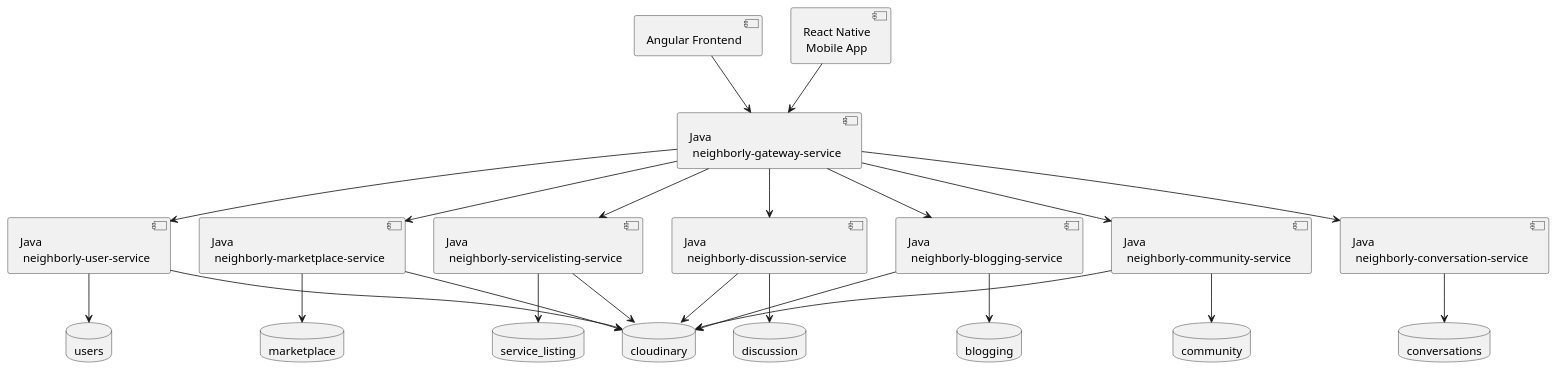
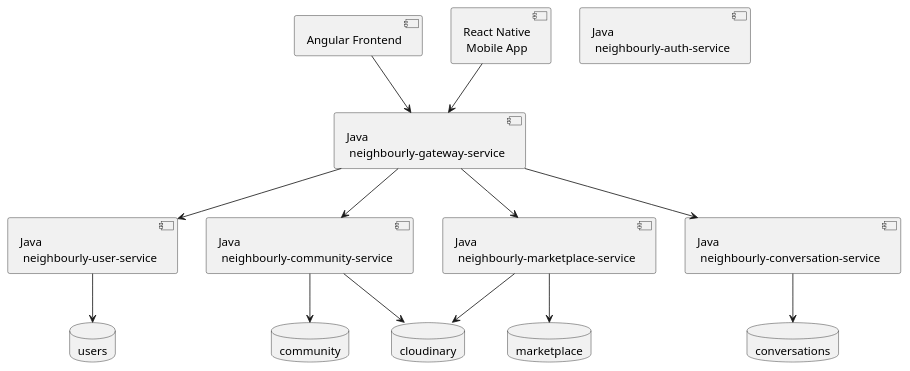
One commit to vamshikrishna1/neighbourly changed the diagram in design/architecture.puml. Above: the diagram before and after it, drawn with PlantUML. The commit also changed 4 other files, not shown here.

```diff
--- a/design/architecture.puml
+++ b/design/architecture.puml
@@ -1,56 +1,42 @@
 @startuml Architecture
 [Angular Frontend] as angular
 [React Native\n Mobile App] as mobile
-[Java\n neighborly-user-service] as user
-[Java\n neighborly-gateway-service] as gateway
-[Java\n neighborly-marketplace-service] as marketplace
-[Java\n neighborly-servicelisting-service] as listing
-[Java\n neighborly-conversation-service] as conversation
-[Java\n neighborly-discussion-service] as discussion
-[Java\n neighborly-blogging-service] as blogging
-[Java\n neighborly-community-service] as community
+[Java\n neighbourly-auth-service] as auth
+[Java\n neighbourly-user-service] as user
+[Java\n neighbourly-gateway-service] as gateway
+[Java\n neighbourly-community-service] as community
+[Java\n neighbourly-marketplace-service] as marketplace
+[Java\n neighbourly-conversation-service] as conversation
 
 
 database "users" as user_db
-database "marketplace" as marketplace_db
-database "service_listing" as listing_db    
+database "marketplace" as marketplace_db 
 database "conversations" as conversation_db
-database "blogging" as blogging_db
 database "community" as community_db
-database "discussion" as discussion_db
 database "cloudinary" as cloudinary_db
 
 
 
 user --> user_db
-listing --> listing_db
+
 conversation --> conversation_db
-blogging --> blogging_db
 marketplace --> marketplace_db
-discussion --> discussion_db
 community --> community_db
-user --> cloudinary_db
 marketplace --> cloudinary_db
-blogging --> cloudinary_db
-discussion --> cloudinary_db
 community --> cloudinary_db
-listing --> cloudinary_db
 
 
 gateway --> user
 gateway --> marketplace
-gateway --> listing
 gateway --> conversation
-gateway --> blogging
-gateway --> discussion
 gateway --> community
 
 
 angular --> gateway
 mobile --> gateway
 
 
 
 
 
 @enduml
```
